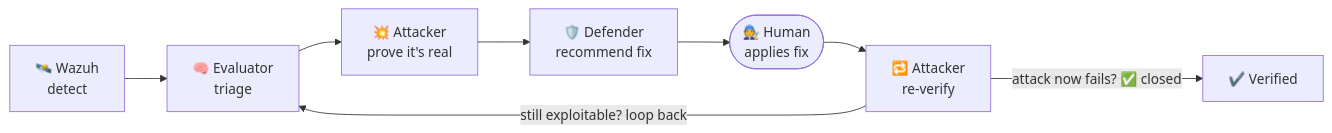
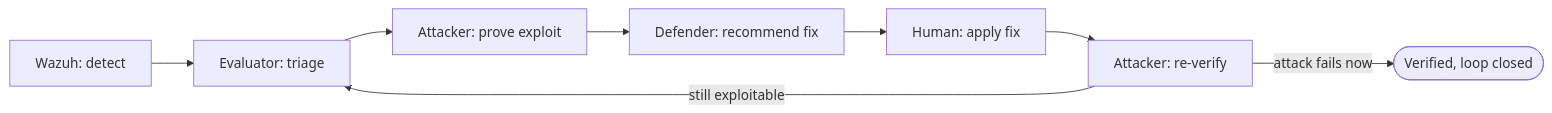
The diagram in README.md (Aakhri-Pastaa/ShadowTwin), drawn with Mermaid before and after one commit. The commit also changed 2 other files, not shown here.

Commit message:
docs: fix Mermaid diagrams that rendered blank (drop br tags, emoji, literal \n)

````diff
--- a/README.md
+++ b/README.md
@@ -33,10 +33,10 @@
 ```mermaid
 flowchart LR
-    W["🛰️ Wazuh<br/>detect"] --> E["🧠 Evaluator<br/>triage"]
-    E --> A["💥 Attacker<br/>prove it's real"]
-    A --> D["🛡️ Defender<br/>recommend fix"]
-    D --> H(["🧑‍🔧 Human<br/>applies fix"])
-    H --> V["🔁 Attacker<br/>re-verify"]
-    V -->|"still exploitable? loop back"| E
-    V -->|"attack now fails? ✅ closed"| DONE["✔️ Verified"]
+    W["Wazuh: detect"] --> E["Evaluator: triage"]
+    E --> A["Attacker: prove exploit"]
+    A --> D["Defender: recommend fix"]
+    D --> H["Human: apply fix"]
+    H --> V["Attacker: re-verify"]
+    V -->|still exploitable| E
+    V -->|attack fails now| DONE(["Verified, loop closed"])
 ```
````
